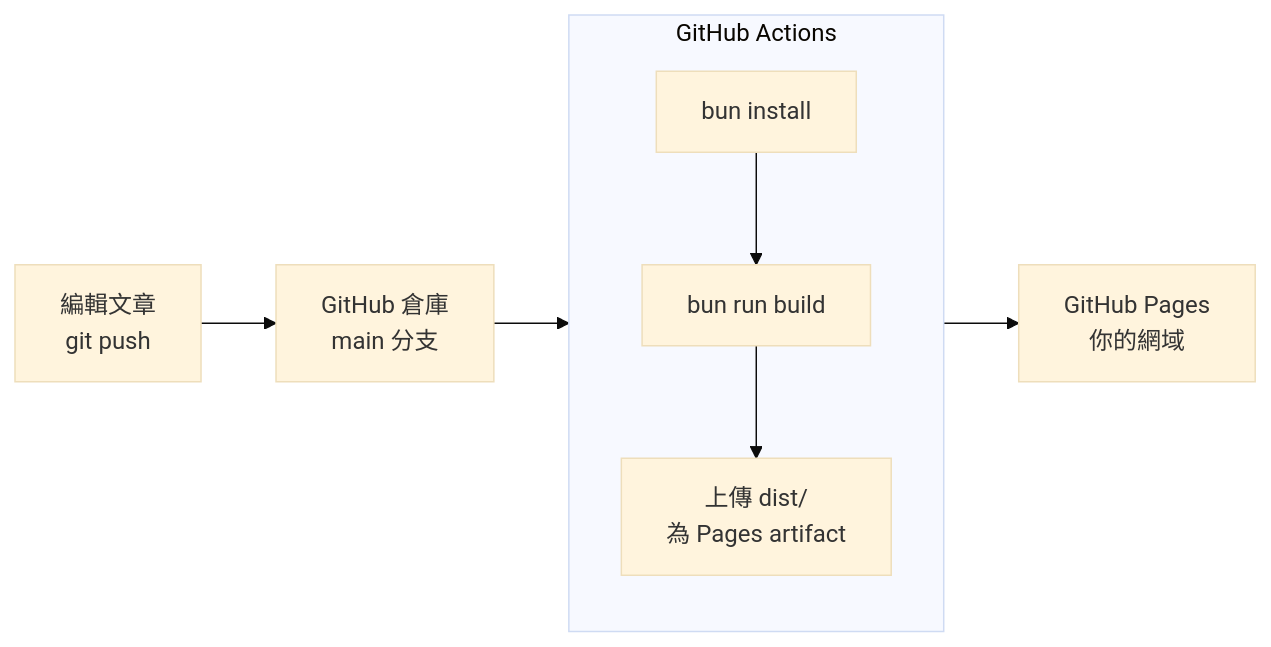
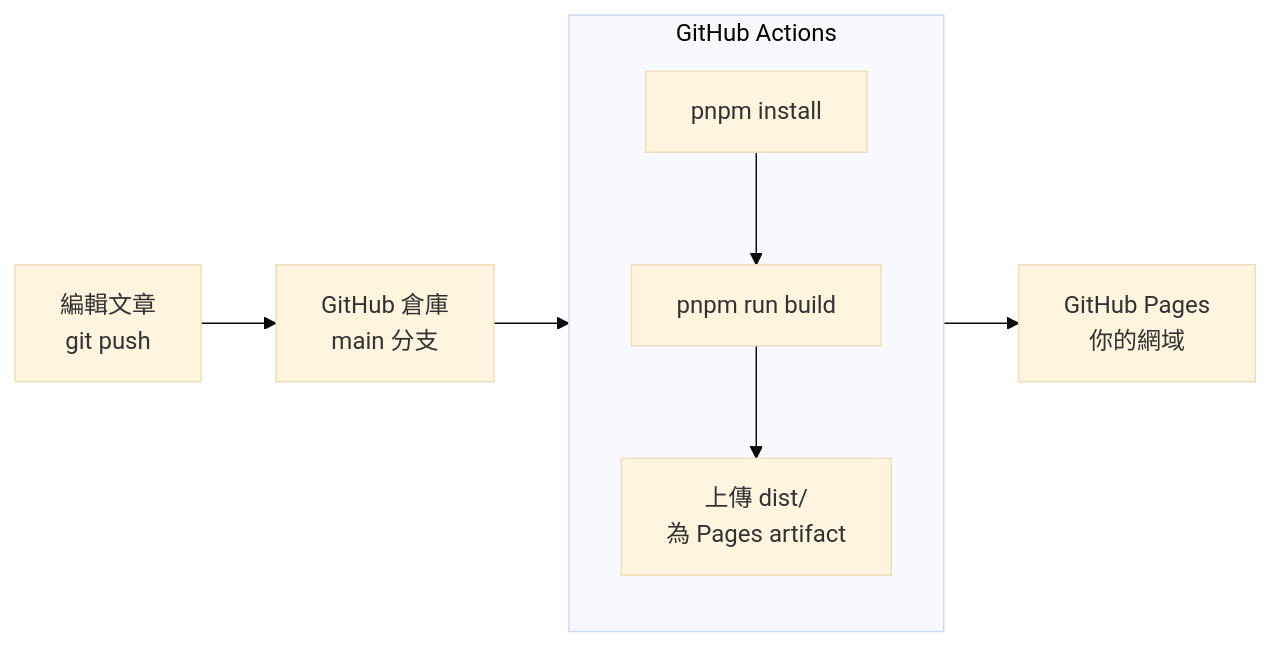
Before and after one commit to minz71/astro-blog-shokax: the first of 2 diagrams in src/posts/shokaX/shoka-shokax-astro.mdx, drawn with Mermaid (base theme). The commit also changed other lines of this file and 1 other file, not shown here.

Commit message:
chore: bun -> pnpm

````diff
--- a/src/posts/shokaX/shoka-shokax-astro.mdx
+++ b/src/posts/shokaX/shoka-shokax-astro.mdx
@@ -174,11 +174,11 @@
 ```mermaid title="倉庫公開的部署流程"
 flowchart LR
     A["編輯文章<br/>git push"] --> B["GitHub 倉庫<br/>main 分支"]
     B --> C
     subgraph GA["GitHub Actions"]
         direction TB
-        C["bun install"] --> D["bun run build"]
+        C["pnpm install"] --> D["pnpm run build"]
         D --> E["上傳 dist/<br/>為 Pages artifact"]
     end
     E --> F["GitHub Pages<br/>你的網域"]
 ```
````
